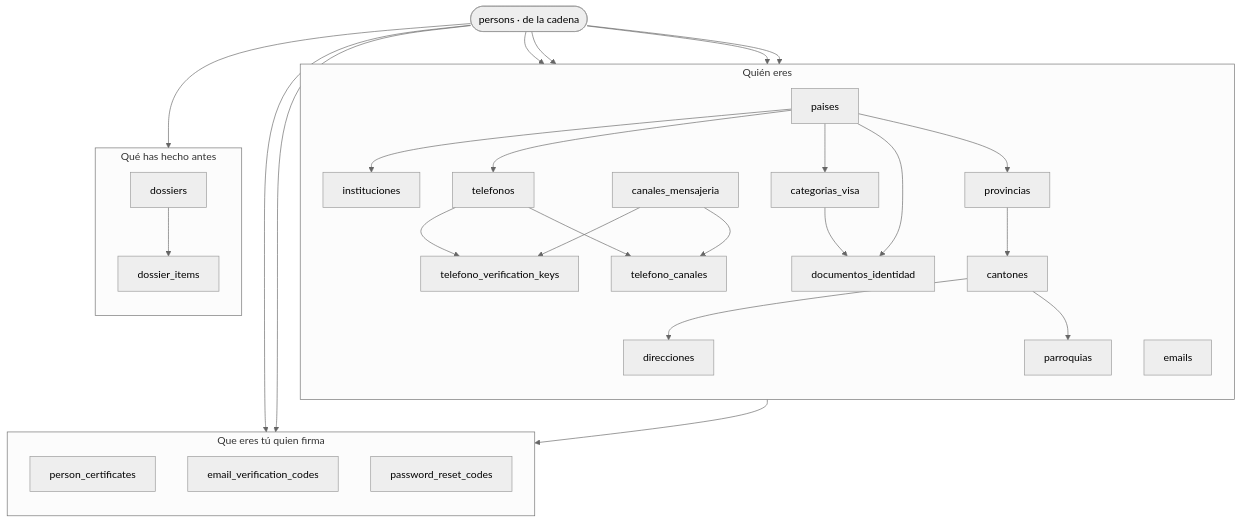
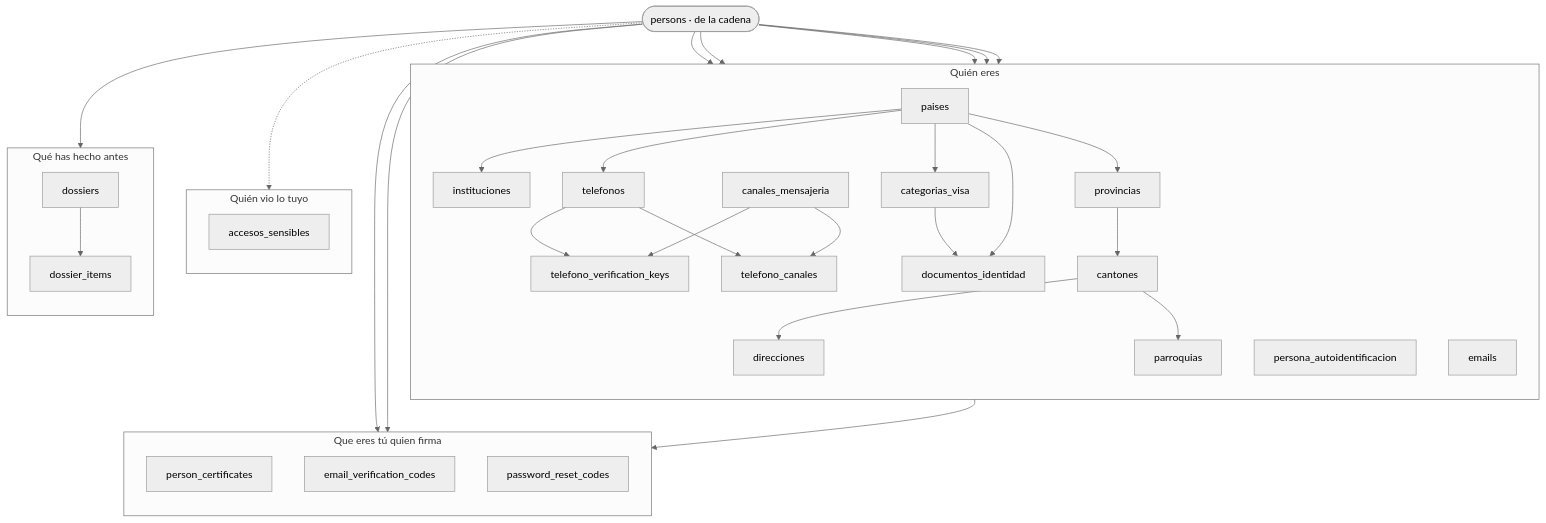
The first of 3 diagrams in docs/src/content/docs/complemento/mapa-completo.md (fresvel/deasy), drawn with Mermaid (neutral theme) before and after one commit. The commit also changed other lines of this file and 36 other files, not shown here.

````diff
--- a/docs/src/content/docs/complemento/mapa-completo.md
+++ b/docs/src/content/docs/complemento/mapa-completo.md
@@ -28,40 +38,47 @@
 ```mermaid
 flowchart TB
   P(["persons · de la cadena"])
   subgraph QUIEN["Quién eres"]
     direction TB
     PA["paises"] --> PV["provincias"]
     PV --> CA["cantones"]
     CA --> PQ["parroquias"]
     DI["documentos_identidad"]
+    PAI["persona_autoidentificacion"]
     CV["categorias_visa"] --> DI
     CA --> DIR["direcciones"]
     CM["canales_mensajeria"] --> TC["telefono_canales"]
     TE["telefonos"] --> TC
     TE --> TVK["telefono_verification_keys"]
     CM --> TVK
     EM["emails"]
     PA --> DI
     PA --> CV
     PA --> TE
     PA --> IN["instituciones"]
   end
   subgraph CRED["Que eres tú quien firma"]
     direction TB
     PC["person_certificates"]
     EVC["email_verification_codes"]
     PRC["password_reset_codes"]
   end
+  subgraph RASTRO["Quién vio lo tuyo"]
+    direction TB
+    BIT["accesos_sensibles"]
+  end
   subgraph EXP["Qué has hecho antes"]
     direction TB
     DO["dossiers"] --> DIT["dossier_items"]
   end
   P --> DI
+  P --> PAI
+  P -.-> BIT
   P --> EM
   P --> TE
   P --> DIR
   P --> PC
   P --> PRC
   P --> DO
   EM --> EVC
 ```
````
